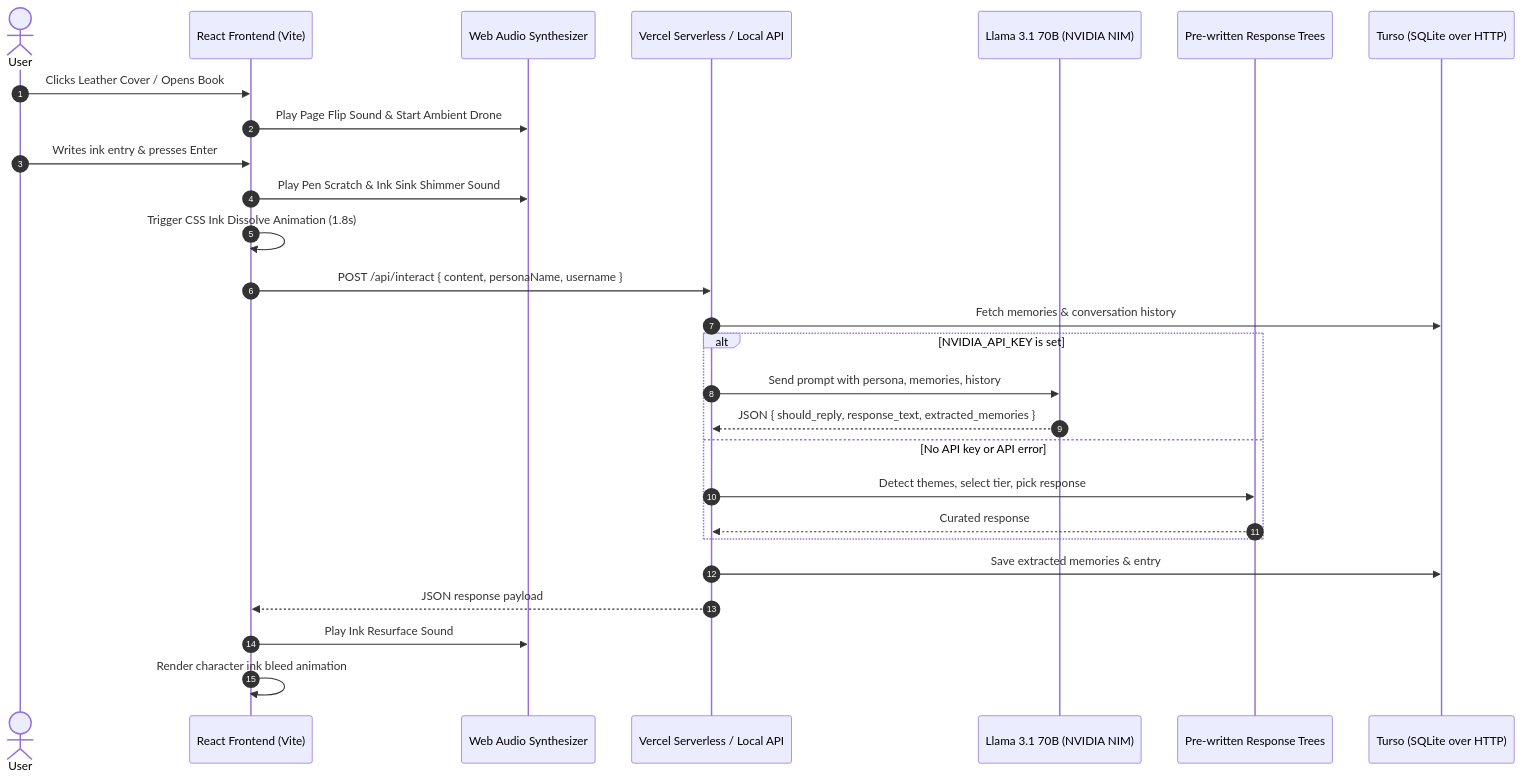
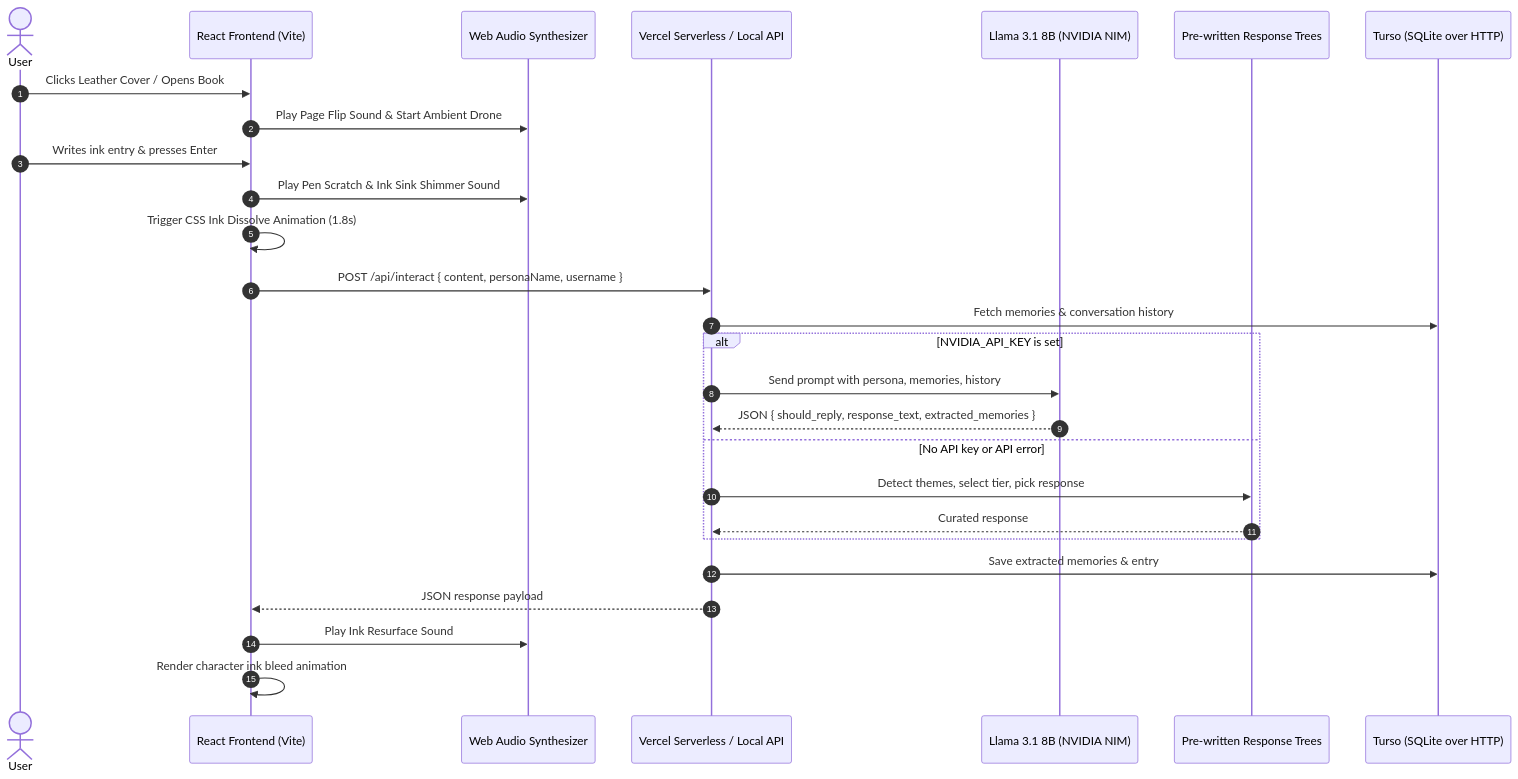
The diagram in DOCUMENTATION.md (rkbart/inkbound), drawn with Mermaid before and after one commit. The commit also changed other lines of this file and 1 other file, not shown here.

````diff
--- a/DOCUMENTATION.md
+++ b/DOCUMENTATION.md
@@ -32,30 +32,30 @@
 ```mermaid
 sequenceDiagram
     autonumber
     actor User as User
     participant App as React Frontend (Vite)
     participant Audio as Web Audio Synthesizer
     participant API as Vercel Serverless / Local API
-    participant Nemotron as Llama 3.1 70B (NVIDIA NIM)
+    participant Nemotron as Llama 3.1 8B (NVIDIA NIM)
     participant Fallback as Pre-written Response Trees
     participant DB as Turso (SQLite over HTTP)
 
     User->>App: Clicks Leather Cover / Opens Book
     App->>Audio: Play Page Flip Sound & Start Ambient Drone
     User->>App: Writes ink entry & presses Enter
     App->>Audio: Play Pen Scratch & Ink Sink Shimmer Sound
     App->>App: Trigger CSS Ink Dissolve Animation (1.8s)
     App->>API: POST /api/interact { content, personaName, username }
     API->>DB: Fetch memories & conversation history
     alt NVIDIA_API_KEY is set
         API->>Nemotron: Send prompt with persona, memories, history
         Nemotron-->>API: JSON { should_reply, response_text, extracted_memories }
     else No API key or API error
         API->>Fallback: Detect themes, select tier, pick response
         Fallback-->>API: Curated response
     end
     API->>DB: Save extracted memories & entry
     API-->>App: JSON response payload
     App->>Audio: Play Ink Resurface Sound
     App->>App: Render character ink bleed animation
 ```
````
